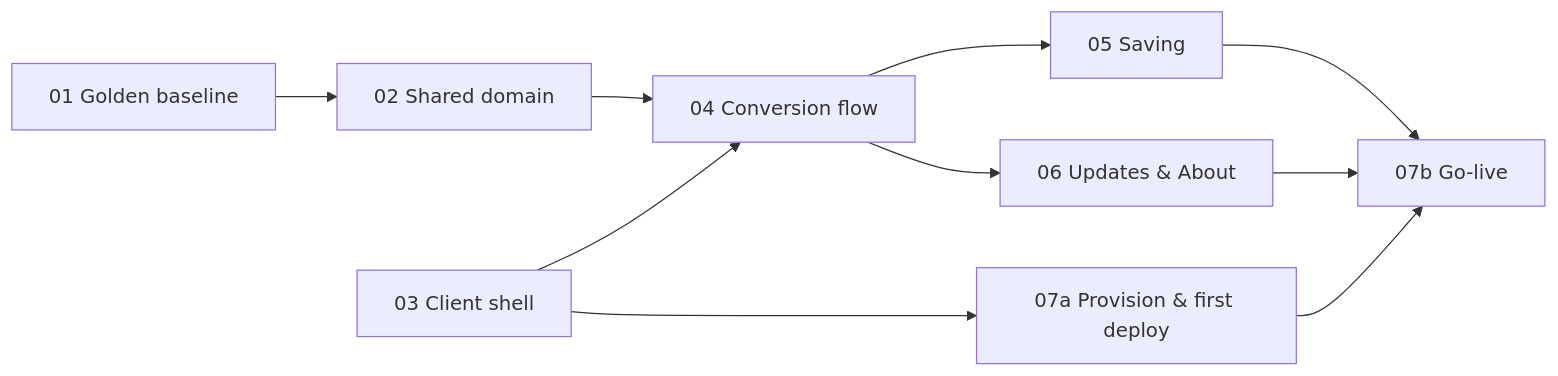
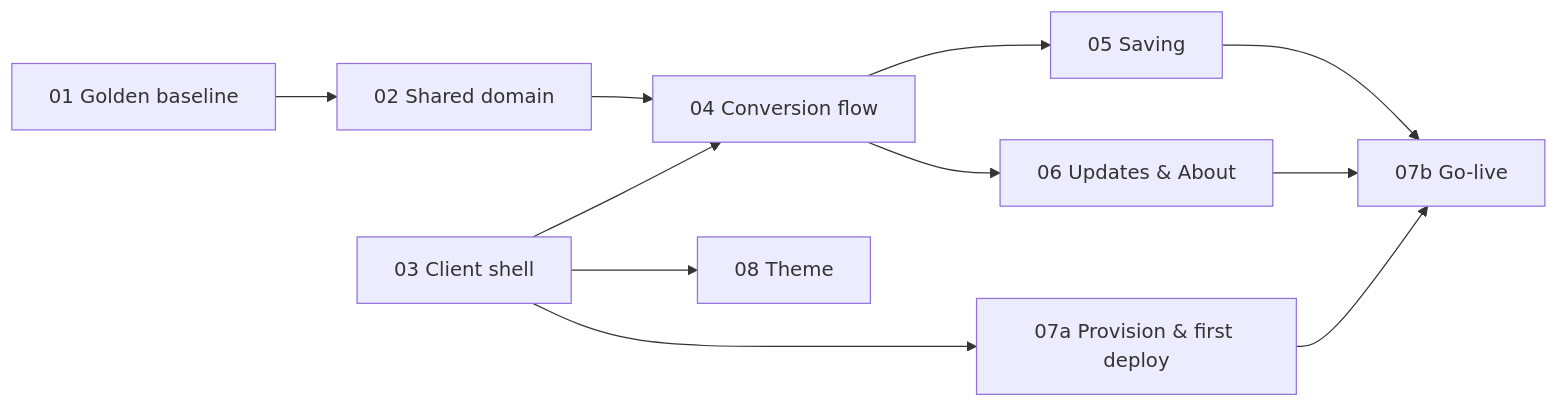
Before and after one commit to PavelRPavlov/Kroiko: the diagram in docs/implementation/00-overview.md, drawn with Mermaid. The commit also changed other lines of this file and 20 other files, not shown here.

````diff
--- a/docs/implementation/00-overview.md
+++ b/docs/implementation/00-overview.md
@@ -32,12 +33,13 @@
 ```mermaid
 flowchart LR
     P01[01 Golden baseline] --> P02[02 Shared domain]
     P02 --> P04[04 Conversion flow]
     P03[03 Client shell] --> P04
     P03 --> P07a[07a Provision & first deploy]
     P04 --> P05[05 Saving]
     P04 --> P06[06 Updates & About]
     P05 --> P07b[07b Go-live]
     P06 --> P07b
     P07a --> P07b
+    P03 --> P08[08 Theme]
 ```
````
